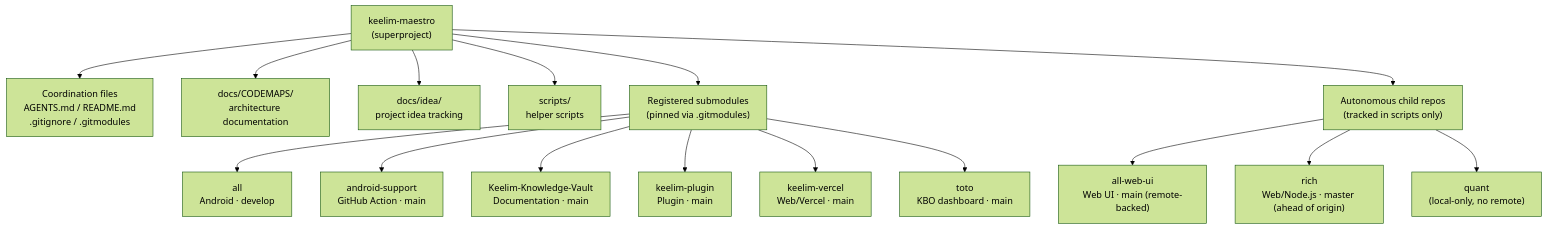
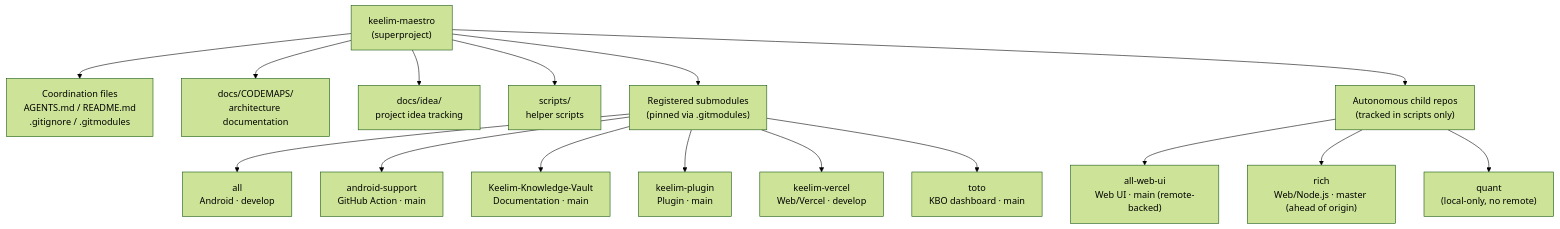
One commit to keelim/keelim-maestro changed the diagram in docs/CODEMAPS/WORKSPACE.md. Above: the diagram before and after it, drawn with Mermaid (forest theme). The commit also changed other lines of this file and 9 other files, not shown here.

````diff
--- a/docs/CODEMAPS/WORKSPACE.md
+++ b/docs/CODEMAPS/WORKSPACE.md
@@ -16,22 +16,22 @@
 ```mermaid
 flowchart TB
     root["keelim-maestro\n(superproject)"]
 
     root --> coord["Coordination files\nAGENTS.md / README.md\n.gitignore / .gitmodules"]
     root --> docs["docs/CODEMAPS/\narchitecture documentation"]
     root --> idea["docs/idea/\nproject idea tracking"]
     root --> scripts["scripts/\nhelper scripts"]
     root --> submodules["Registered submodules\n(pinned via .gitmodules)"]
     root --> autonomous["Autonomous child repos\n(tracked in scripts only)"]
 
     submodules --> all["all\nAndroid · develop"]
     submodules --> android["android-support\nGitHub Action · main"]
     submodules --> vault["Keelim-Knowledge-Vault\nDocumentation · main"]
     submodules --> plugin["keelim-plugin\nPlugin · main"]
-    submodules --> vercel["keelim-vercel\nWeb/Vercel · main"]
+    submodules --> vercel["keelim-vercel\nWeb/Vercel · develop"]
     submodules --> toto["toto\nKBO dashboard · main"]
 
     autonomous --> webui["all-web-ui\nWeb UI · main (remote-backed)"]
     autonomous --> rich["rich\nWeb/Node.js · master (ahead of origin)"]
     autonomous --> quant["quant\n(local-only, no remote)"]
 ```
````
